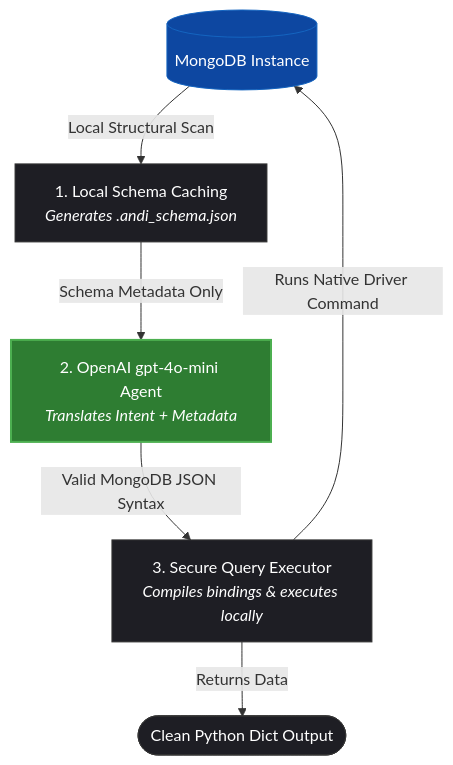
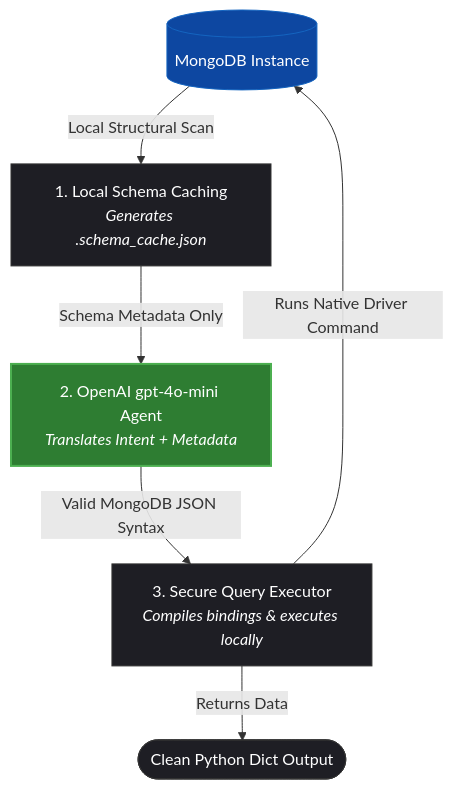
Before and after one commit to Satty27/andi-ai: the diagram in README.md, drawn with Mermaid. The commit also changed 2 other files, not shown here.

Commit message:
Bug fixes

````diff
--- a/README.md
+++ b/README.md
@@ -90,21 +90,21 @@
 ```mermaid
 graph TD
     %% Define Styles & Colors
     classDef default fill:#1e1e24,stroke:#333,stroke-width:1px,color:#fff;
     classDef highlight fill:#2e7d32,stroke:#4caf50,stroke-width:2px,color:#fff;
     classDef db fill:#0d47a1,stroke:#1565c0,stroke-width:1px,color:#fff;
 
     DB[(MongoDB Instance)]:::db
-    Schema[1. Local Schema Caching<br/><i>Generates .andi_schema.json</i>]:::default
+    Schema[1. Local Schema Caching<br/><i>Generates .schema_cache.json</i>]:::default
     LLM[2. OpenAI gpt-4o-mini Agent<br/><i>Translates Intent + Metadata</i>]:::highlight
     Executor[3. Secure Query Executor<br/><i>Compiles bindings & executes locally</i>]:::default
     Result([Clean Python Dict Output]):::default
 
     %% Flow Connections
     DB -->|Local Structural Scan| Schema
     Schema -->|Schema Metadata Only| LLM
     LLM -->|Valid MongoDB JSON Syntax| Executor
     Executor -->|Runs Native Driver Command| DB
     Executor -->|Returns Data| Result
   
 ```
````
